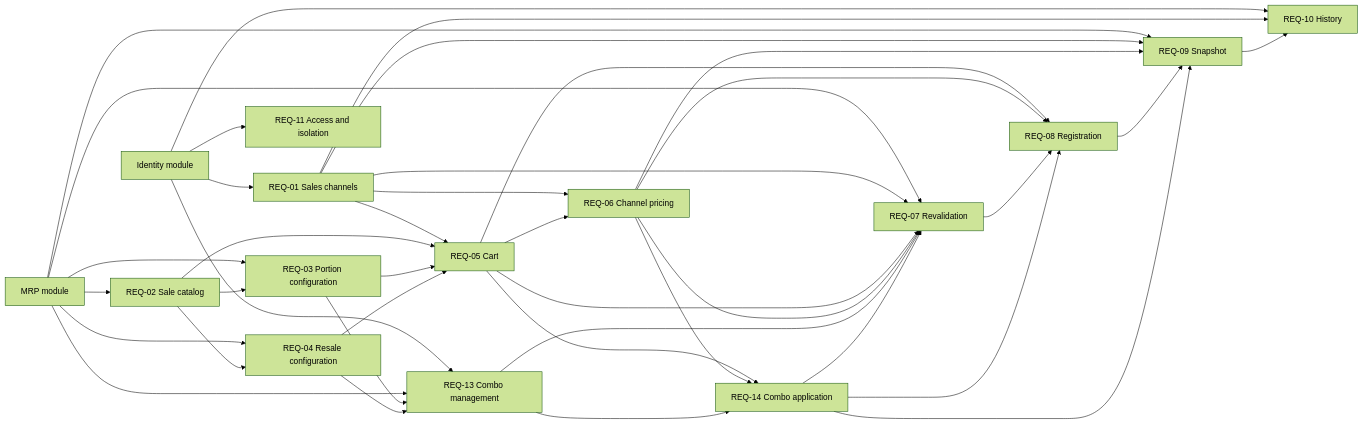
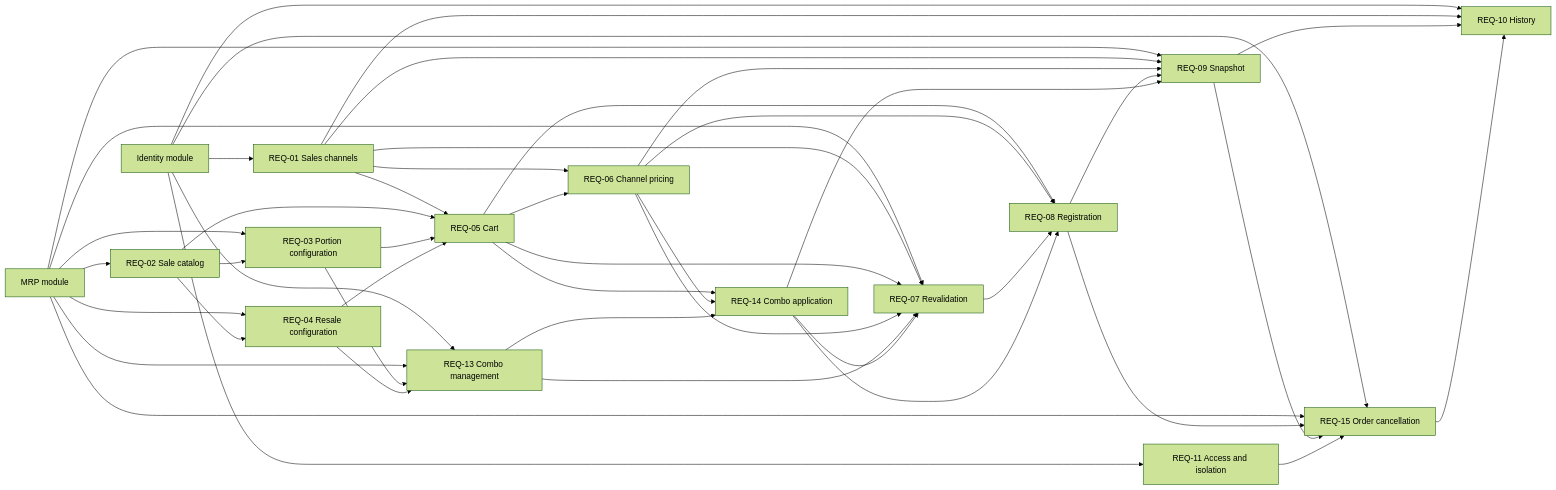
One commit to rafinel/scoops changed the diagram in documentation/prds/pdv.md. Above: the diagram before and after it, drawn with Mermaid (forest theme). The commit also changed other lines of this file and 5 other files, not shown here.

````diff
--- a/documentation/prds/pdv.md
+++ b/documentation/prds/pdv.md
@@ -958,57 +1029,64 @@
 ```mermaid
 flowchart LR
     Identity["Identity module"]
     MRP["MRP module"]
     R01["REQ-01 Sales channels"]
     R02["REQ-02 Sale catalog"]
     R03["REQ-03 Portion configuration"]
     R04["REQ-04 Resale configuration"]
     R05["REQ-05 Cart"]
     R06["REQ-06 Channel pricing"]
     R07["REQ-07 Revalidation"]
     R08["REQ-08 Registration"]
     R09["REQ-09 Snapshot"]
     R10["REQ-10 History"]
     R11["REQ-11 Access and isolation"]
     R13["REQ-13 Combo management"]
     R14["REQ-14 Combo application"]
+    R15["REQ-15 Order cancellation"]
 
     Identity --> R01
     Identity --> R10
     Identity --> R11
     Identity --> R13
+    Identity --> R15
     MRP --> R02
     MRP --> R03
     MRP --> R04
     MRP --> R07
     MRP --> R09
     MRP --> R13
+    MRP --> R15
     R01 --> R05
     R01 --> R06
     R01 --> R07
     R01 --> R09
     R01 --> R10
     R02 --> R03
     R02 --> R04
     R02 --> R05
     R03 --> R05
     R03 --> R13
     R04 --> R05
     R04 --> R13
     R05 --> R06
     R05 --> R07
     R05 --> R08
     R05 --> R14
     R06 --> R07
     R06 --> R08
     R06 --> R09
     R06 --> R14
     R07 --> R08
     R08 --> R09
     R09 --> R10
     R13 --> R07
     R13 --> R14
     R14 --> R07
     R14 --> R08
     R14 --> R09
+    R08 --> R15
+    R09 --> R15
+    R11 --> R15
+    R15 --> R10
 ```
````
